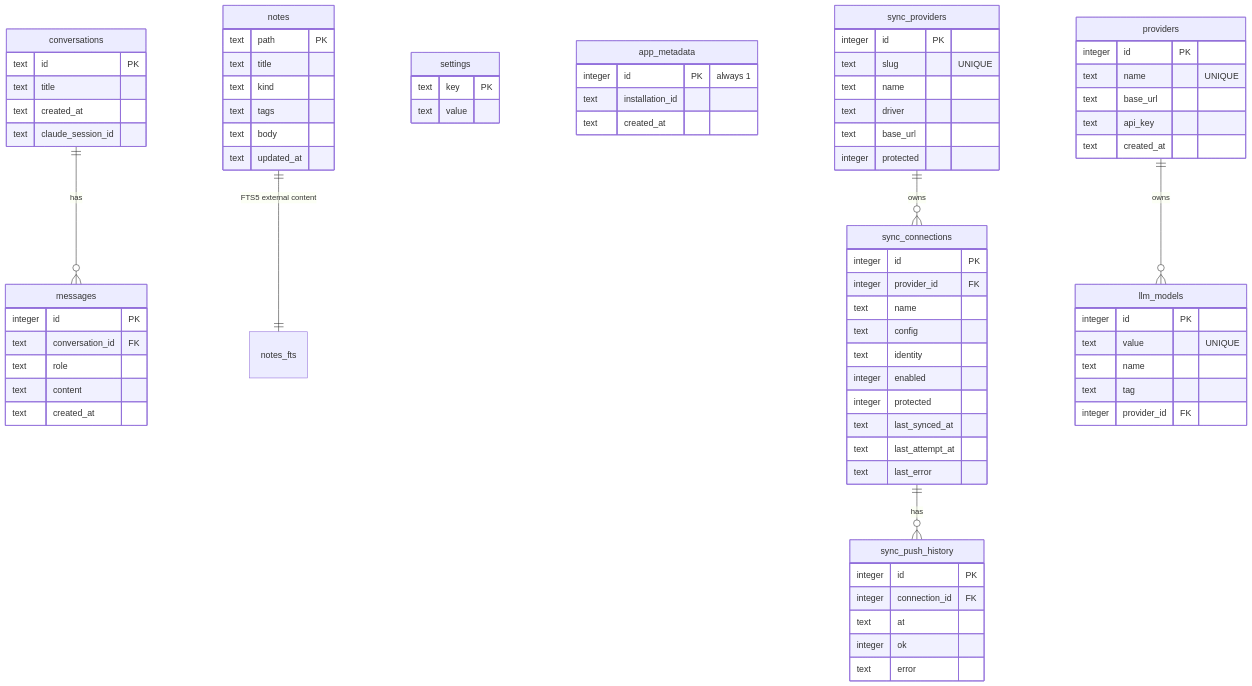
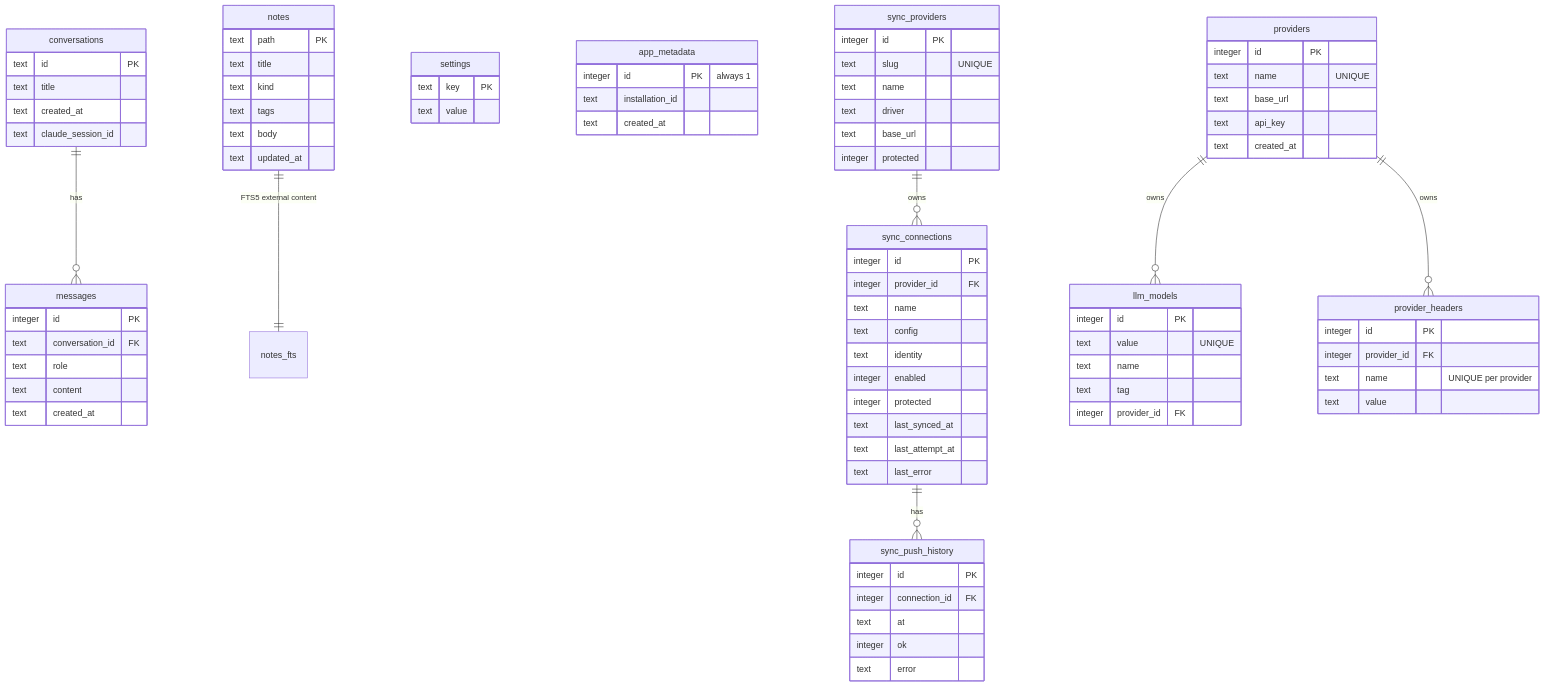
The diagram in docs/schema.md (shiv-source/thoth), drawn with Mermaid before and after one commit. The commit also changed other lines of this file and 22 other files, not shown here.

First line of the commit message:
feat: per-provider custom request headers (Portkey gateway support)

```diff
--- a/docs/schema.md
+++ b/docs/schema.md
@@ -66,12 +66,19 @@
         text error
     }
     providers ||--o{ llm_models : "owns"
+    providers ||--o{ provider_headers : "owns"
     providers {
         integer id PK
         text name "UNIQUE"
         text base_url
         text api_key
         text created_at
+    }
+    provider_headers {
+        integer id PK
+        integer provider_id FK
+        text name "UNIQUE per provider"
+        text value
     }
     llm_models {
         integer id PK
```
